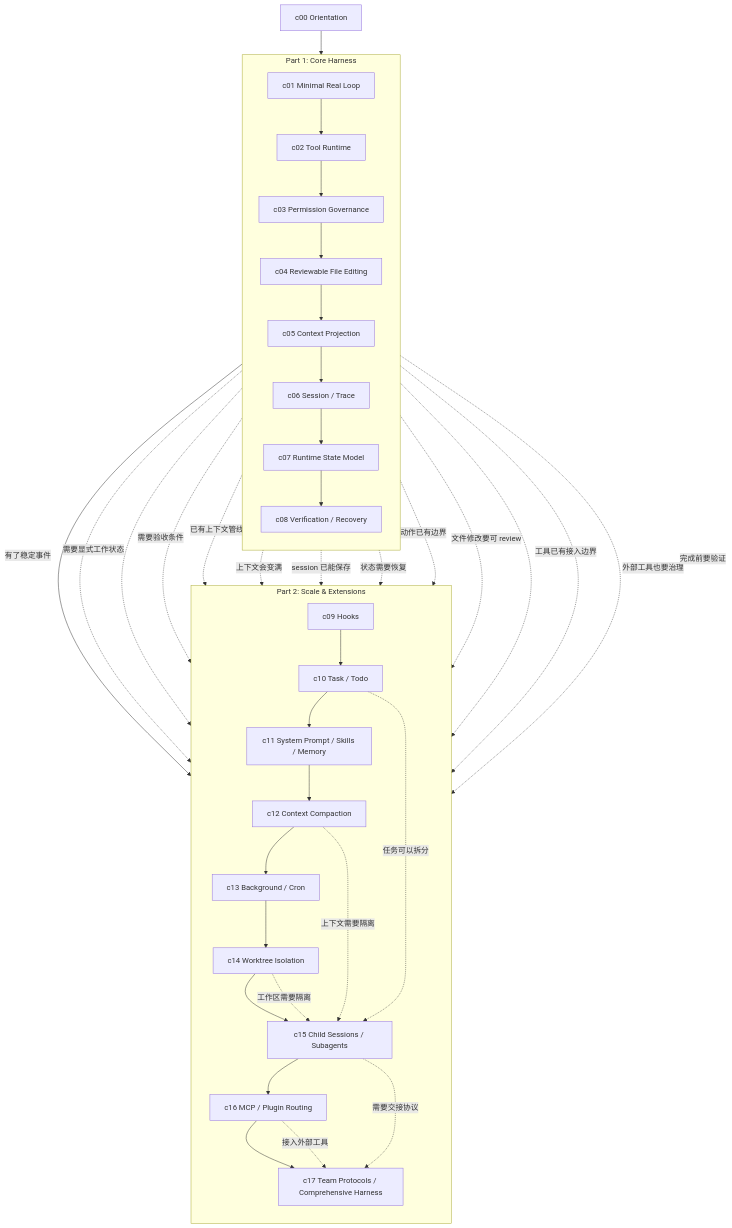
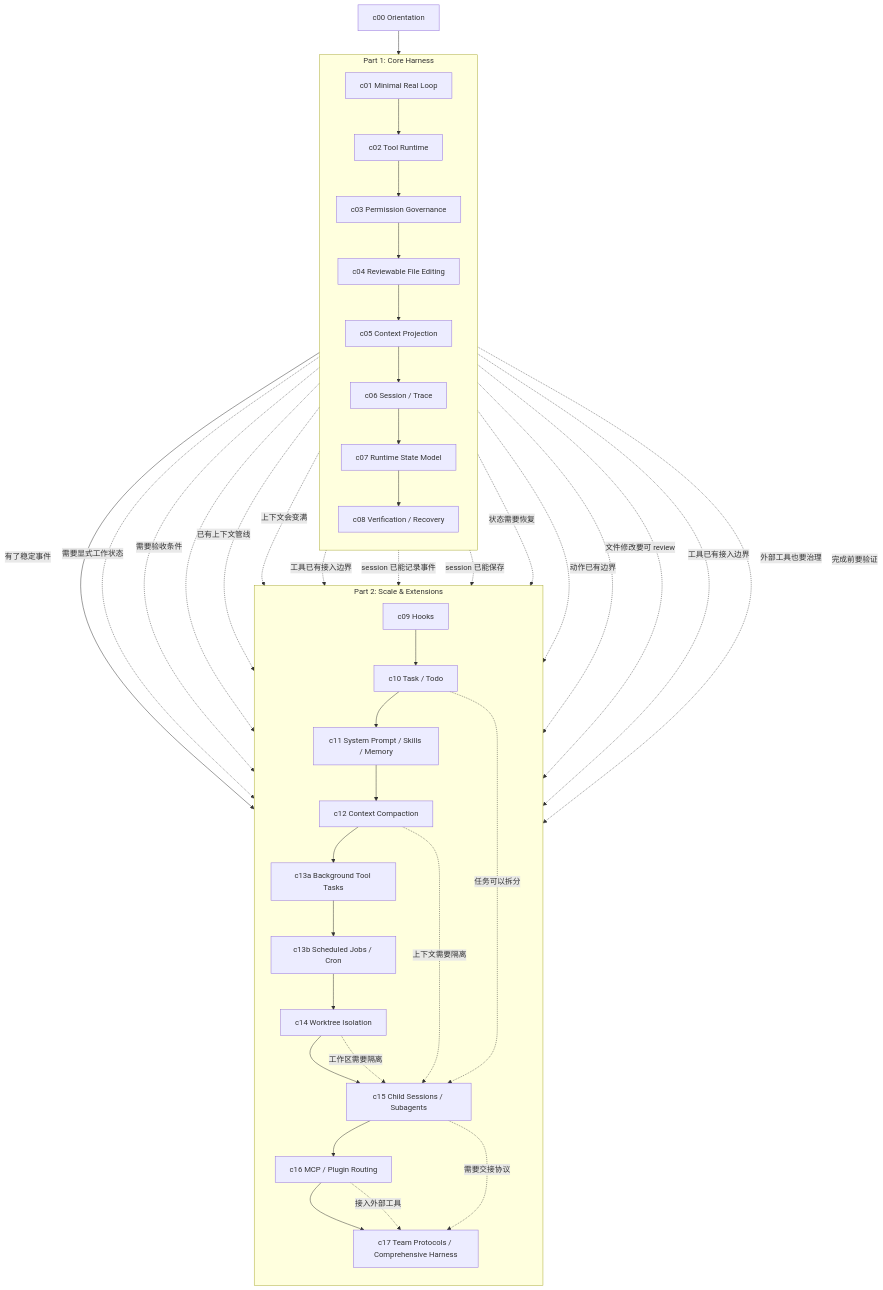
The diagram in docs/02-tutorial-roadmap.md (ZophiaWong/forge-harness), drawn with Mermaid before and after one commit. The commit also changed other lines of this file and 13 other files, not shown here.

Commit message:
feat: add c13a background tool tasks

````diff
--- a/docs/02-tutorial-roadmap.md
+++ b/docs/02-tutorial-roadmap.md
@@ -15,50 +15,53 @@
 ```mermaid
 flowchart TB
   c00["c00 Orientation"]
 
   subgraph P1["Part 1: Core Harness"]
     direction TB
     c01["c01 Minimal Real Loop"]
     c02["c02 Tool Runtime"]
     c03["c03 Permission Governance"]
     c04["c04 Reviewable File Editing"]
     c05["c05 Context Projection"]
     c06["c06 Session / Trace"]
     c07["c07 Runtime State Model"]
     c08["c08 Verification / Recovery"]
   end
 
   subgraph P2["Part 2: Scale & Extensions"]
     direction TB
     c09["c09 Hooks"]
     c10["c10 Task / Todo"]
     c11["c11 System Prompt / Skills / Memory"]
     c12["c12 Context Compaction"]
-    c13["c13 Background / Cron"]
+    c13a["c13a Background Tool Tasks"]
+    c13b["c13b Scheduled Jobs / Cron"]
     c14["c14 Worktree Isolation"]
     c15["c15 Child Sessions / Subagents"]
     c16["c16 MCP / Plugin Routing"]
     c17["c17 Team Protocols / Comprehensive Harness"]
   end
 
   c00 --> c01 --> c02 --> c03 --> c04 --> c05 --> c06 --> c07 --> c08
-  c08 --> c09 --> c10 --> c11 --> c12 --> c13 --> c14 --> c15 --> c16 --> c17
+  c08 --> c09 --> c10 --> c11 --> c12 --> c13a --> c13b --> c14 --> c15 --> c16 --> c17
 
   c06 -. "有了稳定事件" .-> c09
   c07 -. "需要显式工作状态" .-> c10
   c08 -. "需要验收条件" .-> c10
   c05 -. "已有上下文管线" .-> c11
   c05 -. "上下文会变满" .-> c12
-  c06 -. "session 已能保存" .-> c13
-  c07 -. "状态需要恢复" .-> c13
+  c02 -. "工具已有接入边界" .-> c13a
+  c06 -. "session 已能记录事件" .-> c13a
+  c06 -. "session 已能保存" .-> c13b
+  c07 -. "状态需要恢复" .-> c13b
   c03 -. "动作已有边界" .-> c14
   c04 -. "文件修改要可 review" .-> c14
   c10 -. "任务可以拆分" .-> c15
   c12 -. "上下文需要隔离" .-> c15
   c14 -. "工作区需要隔离" .-> c15
   c02 -. "工具已有接入边界" .-> c16
   c03 -. "外部工具也要治理" .-> c16
   c15 -. "需要交接协议" .-> c17
   c16 -. "接入外部工具" .-> c17
   c08 -. "完成前要验证" .-> c17
 ```
````
